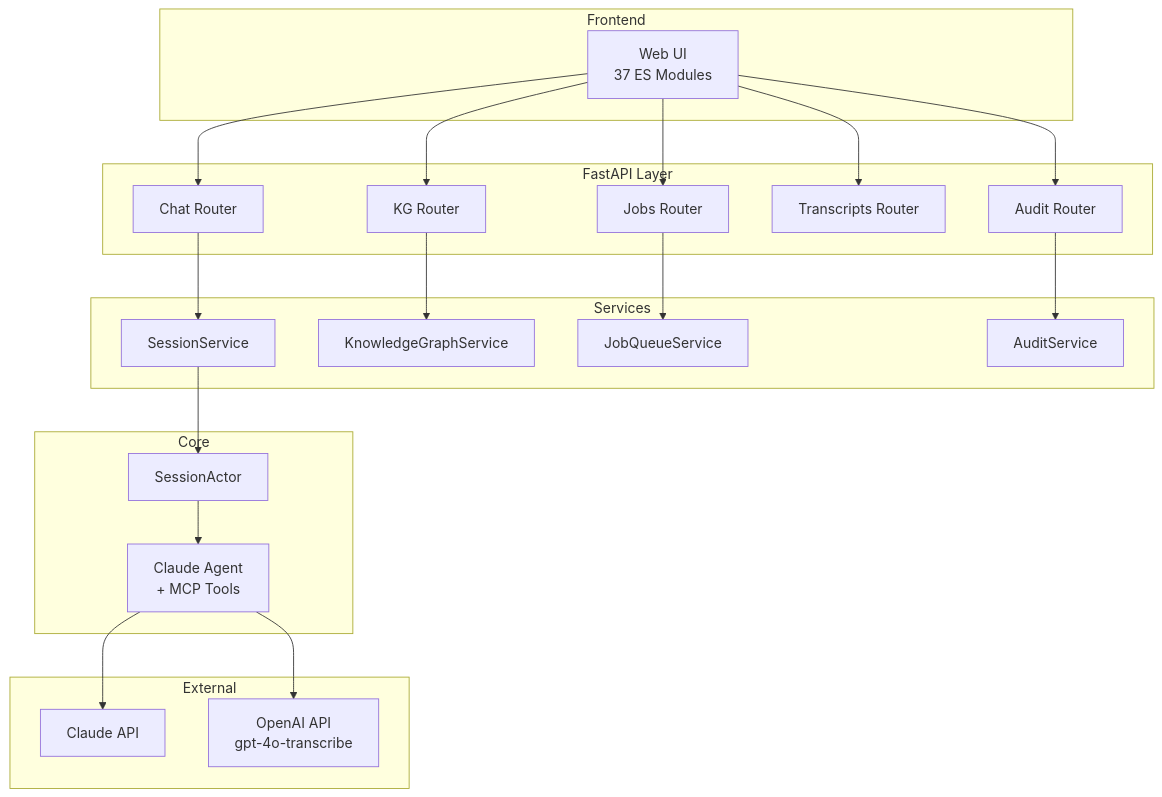
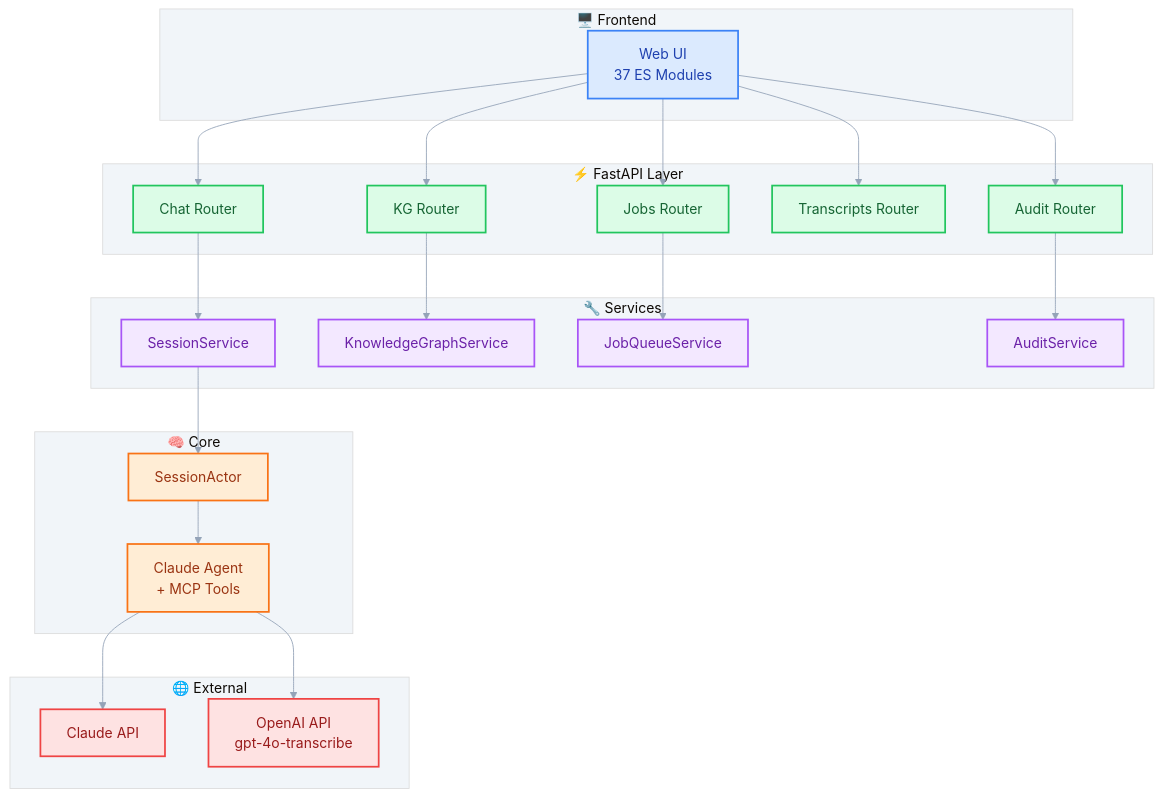
Before and after one commit to costiash/CognivAgent: the diagram in README.md, drawn with Mermaid. The commit also changed other lines of this file and 15 other files, not shown here.

First line of the commit message:
docs: add screenshots, demo video, and style Mermaid diagrams

````diff
--- a/README.md
+++ b/README.md
@@ -154,45 +160,58 @@
 ```mermaid
+%%{init: {'theme': 'base', 'themeVariables': { 'primaryColor': '#818cf8', 'primaryTextColor': '#1e1b4b', 'primaryBorderColor': '#6366f1', 'lineColor': '#94a3b8', 'secondaryColor': '#f8fafc', 'tertiaryColor': '#f1f5f9'}}}%%
 graph TB
-    subgraph Frontend
+    subgraph Frontend["🖥️ Frontend"]
         UI[Web UI<br/>37 ES Modules]
     end
 
-    subgraph API[FastAPI Layer]
+    subgraph API["⚡ FastAPI Layer"]
         R1[Chat Router]
         R2[KG Router]
         R3[Jobs Router]
         R4[Transcripts Router]
         R5[Audit Router]
     end
 
-    subgraph Services
+    subgraph Services["🔧 Services"]
         SS[SessionService]
         KS[KnowledgeGraphService]
         JS[JobQueueService]
         AS[AuditService]
     end
 
-    subgraph Core
+    subgraph Core["🧠 Core"]
         SA[SessionActor]
         AGENT[Claude Agent<br/>+ MCP Tools]
     end
 
-    subgraph External
+    subgraph External["🌐 External"]
         CLAUDE[Claude API]
         OPENAI[OpenAI API<br/>gpt-4o-transcribe]
     end
 
     UI --> R1
     UI --> R2
     UI --> R3
     UI --> R4
     UI --> R5
     R1 --> SS
     R2 --> KS
     R3 --> JS
     R5 --> AS
     SS --> SA
     SA --> AGENT
     AGENT --> CLAUDE
     AGENT --> OPENAI
+
+    classDef frontend fill:#dbeafe,stroke:#3b82f6,stroke-width:2px,color:#1e40af
+    classDef api fill:#dcfce7,stroke:#22c55e,stroke-width:2px,color:#166534
+    classDef services fill:#f3e8ff,stroke:#a855f7,stroke-width:2px,color:#6b21a8
+    classDef core fill:#ffedd5,stroke:#f97316,stroke-width:2px,color:#9a3412
+    classDef external fill:#fee2e2,stroke:#ef4444,stroke-width:2px,color:#991b1b
+
+    class UI frontend
+    class R1,R2,R3,R4,R5 api
+    class SS,KS,JS,AS services
+    class SA,AGENT core
+    class CLAUDE,OPENAI external
 ```
````
